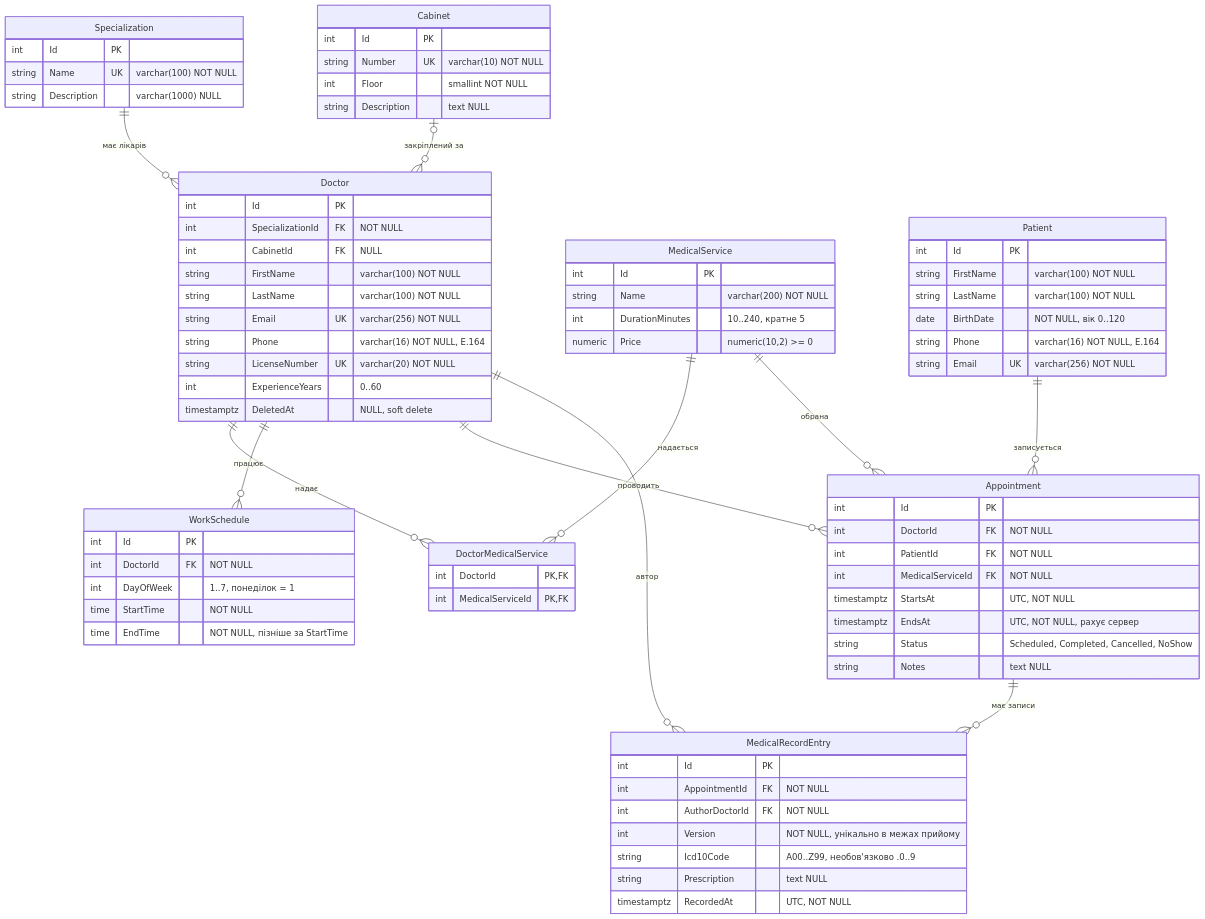
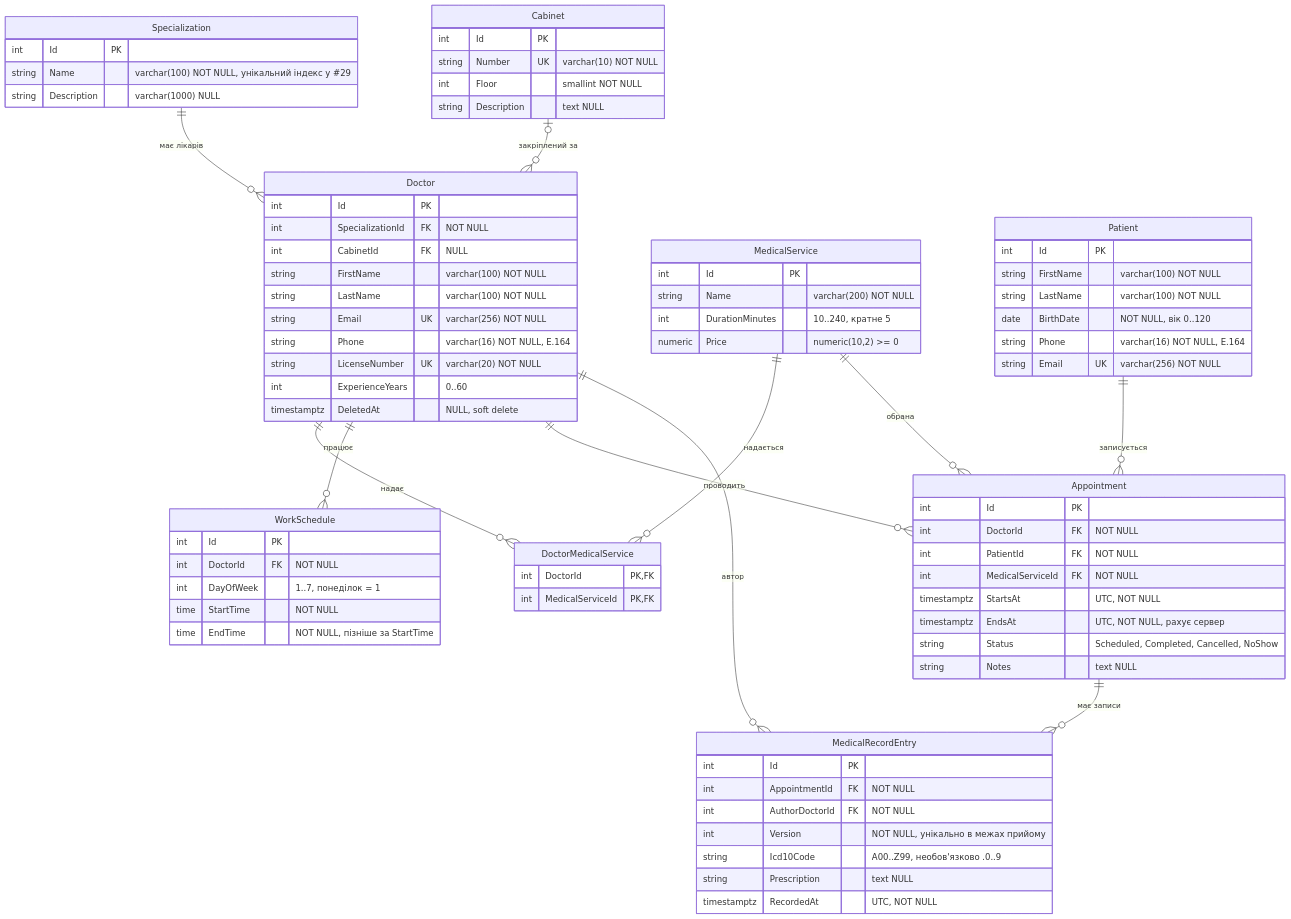
The diagram in docs/erd.md (PNU-Server-Web-2026/team-04-clinic), drawn with Mermaid before and after one commit. The commit also changed other lines of this file and 4 other files, not shown here.

```diff
--- a/docs/erd.md
+++ b/docs/erd.md
@@ -23,7 +23,7 @@
 
     Specialization {
         int Id PK
-        string Name UK "varchar(100) NOT NULL"
+        string Name "varchar(100) NOT NULL, унікальний індекс у #29"
         string Description "varchar(1000) NULL"
     }
 
```
